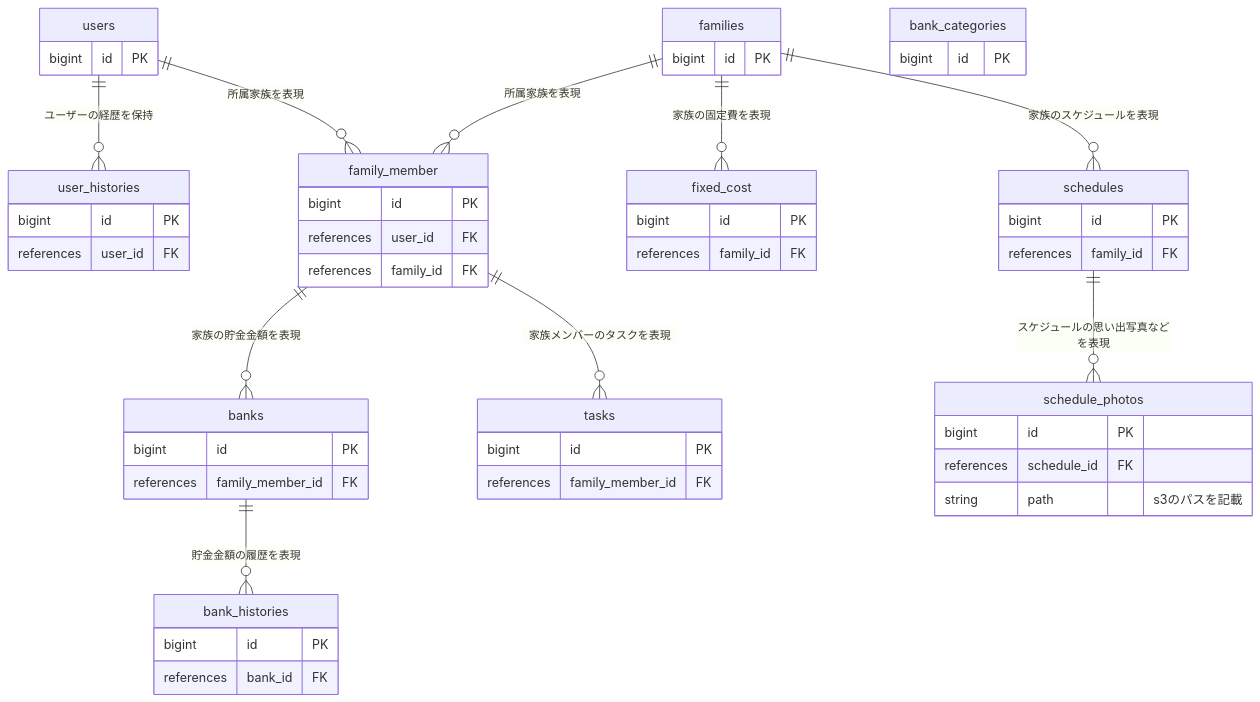
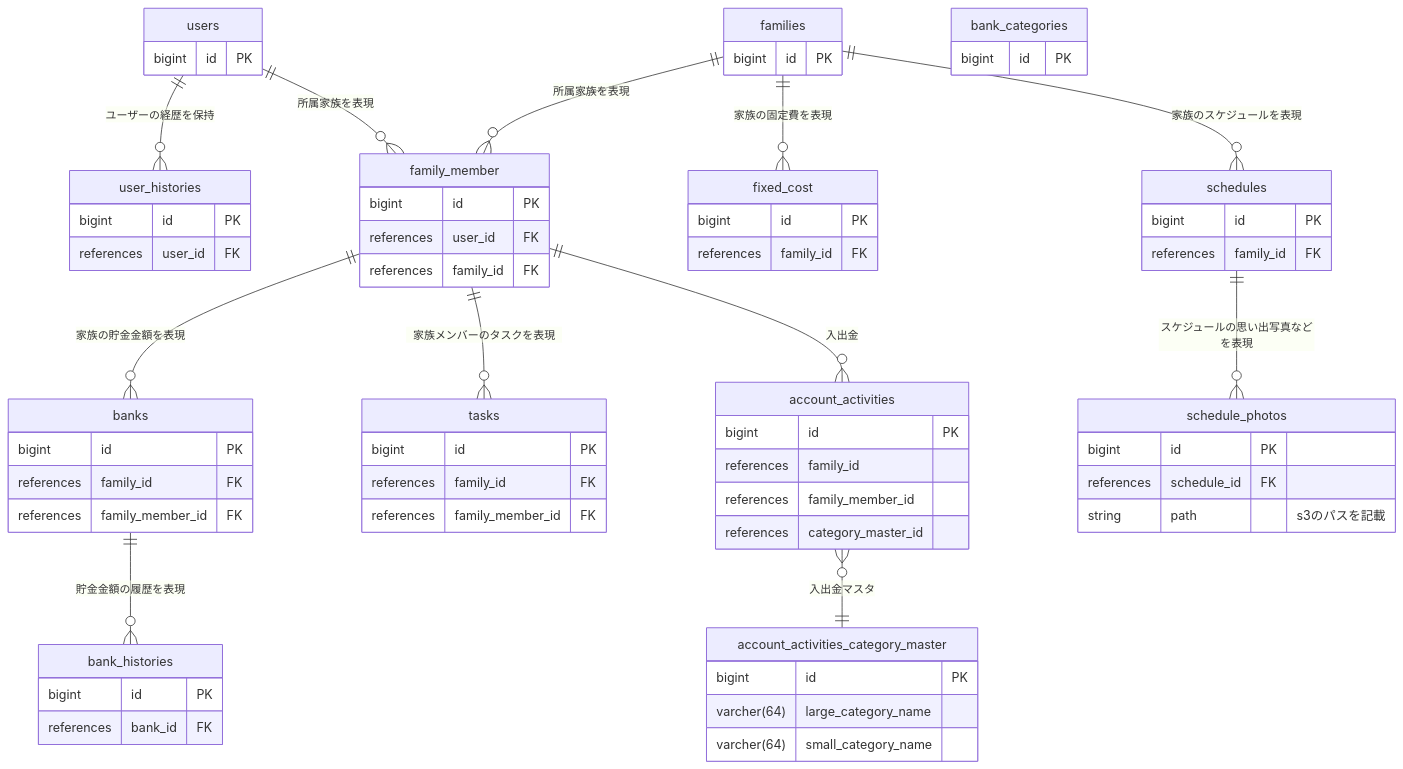
The diagram in Reamme.md (shokiogawa/Lifequest), drawn with Mermaid before and after one commit. The commit also changed other lines of this file and 39 other files, not shown here.

````diff
--- a/Reamme.md
+++ b/Reamme.md
@@ -9,5 +27,6 @@
 ```mermaid
 erDiagram
+
   users ||--o{ user_histories : "ユーザーの経歴を保持"
   users ||--o{ family_member : "所属家族を表現"
   families ||--o{ family_member: "所属家族を表現"
@@ -17,6 +36,9 @@
   family_member ||--o{ banks: "家族の貯金金額を表現"
   banks ||--o{ bank_histories: "貯金金額の履歴を表現"
   family_member ||--o{ tasks: "家族メンバーのタスクを表現"
+  family_member ||--o{ account_activities: "入出金"
+  account_activities }o--|| account_activities_category_master: "入出金マスタ"
+
 
   users {
     bigint id PK
@@ -56,6 +78,7 @@
 
   banks{
     bigint id PK
+    references family_id FK
     references family_member_id FK
   }
 
@@ -66,12 +89,27 @@
 
   tasks{
     bigint id PK
+    references family_id FK
     references family_member_id FK
   }
 
+  account_activities{
+    bigint id PK
+    references family_id
+    references family_member_id
+    references category_master_id
+  }
+
+  account_activities_category_master{
+    bigint id PK
+    varcher(64) large_category_name
+    varcher(64) small_category_name
+  }
+
+
+
   bank_categories{
     bigint id PK
-
   }
 
 ```
````
